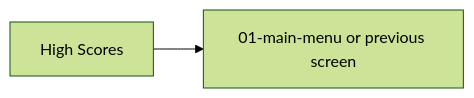
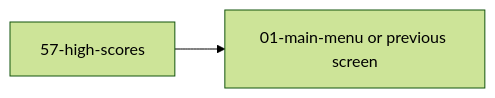
The fifth of 5 diagrams in docs/architecture/wiki/screens/57-high-scores/architecture.md (SunaNoOshiro/Heroes_Reforged_AI_Realms), drawn with Mermaid (forest theme) before and after one commit. The commit also changed other lines of this file and 518 other files, not shown here.

First line of the commit message:
Add doc-audit skill and sweep architecture/screen docs

````diff
--- a/docs/architecture/wiki/screens/57-high-scores/architecture.md
+++ b/docs/architecture/wiki/screens/57-high-scores/architecture.md
@@ -68,5 +77,5 @@
 ```mermaid
 flowchart LR
-  Current["High Scores"]
+  Current["57-high-scores"]
   Current --> T0["01-main-menu or previous screen"]
 ```
````
